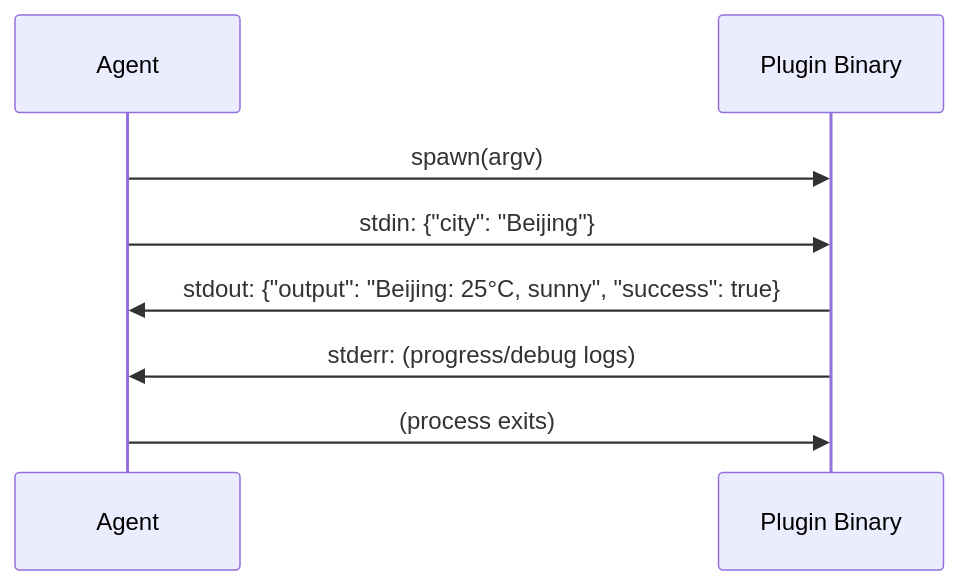
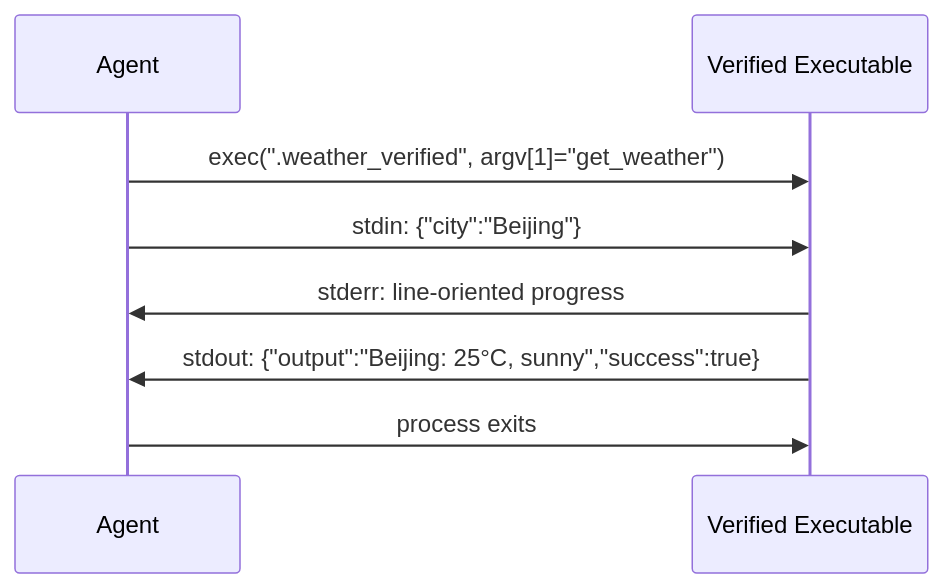
The diagram in book-en/src/part2/ch09.md (ZhangHanDong/octos-book), drawn with Mermaid before and after one commit. The commit also changed other lines of this file and 5 other files, not shown here.

````diff
--- a/book-en/src/part2/ch09.md
+++ b/book-en/src/part2/ch09.md
@@ -91,11 +123,11 @@
 ```mermaid
 sequenceDiagram
     participant Agent
-    participant Plugin as Plugin Binary
+    participant Plugin as Verified Executable
 
-    Agent->>Plugin: spawn(argv)
-    Agent->>Plugin: stdin: {"city": "Beijing"}
-    Plugin->>Agent: stdout: {"output": "Beijing: 25°C, sunny", "success": true}
-    Plugin->>Agent: stderr: (progress/debug logs)
-    Agent->>Plugin: (process exits)
+    Agent->>Plugin: exec(".weather_verified", argv[1]="get_weather")
+    Agent->>Plugin: stdin: {"city":"Beijing"}
+    Plugin->>Agent: stderr: line-oriented progress
+    Plugin->>Agent: stdout: {"output":"Beijing: 25°C, sunny","success":true}
+    Agent->>Plugin: process exits
 ```
````
